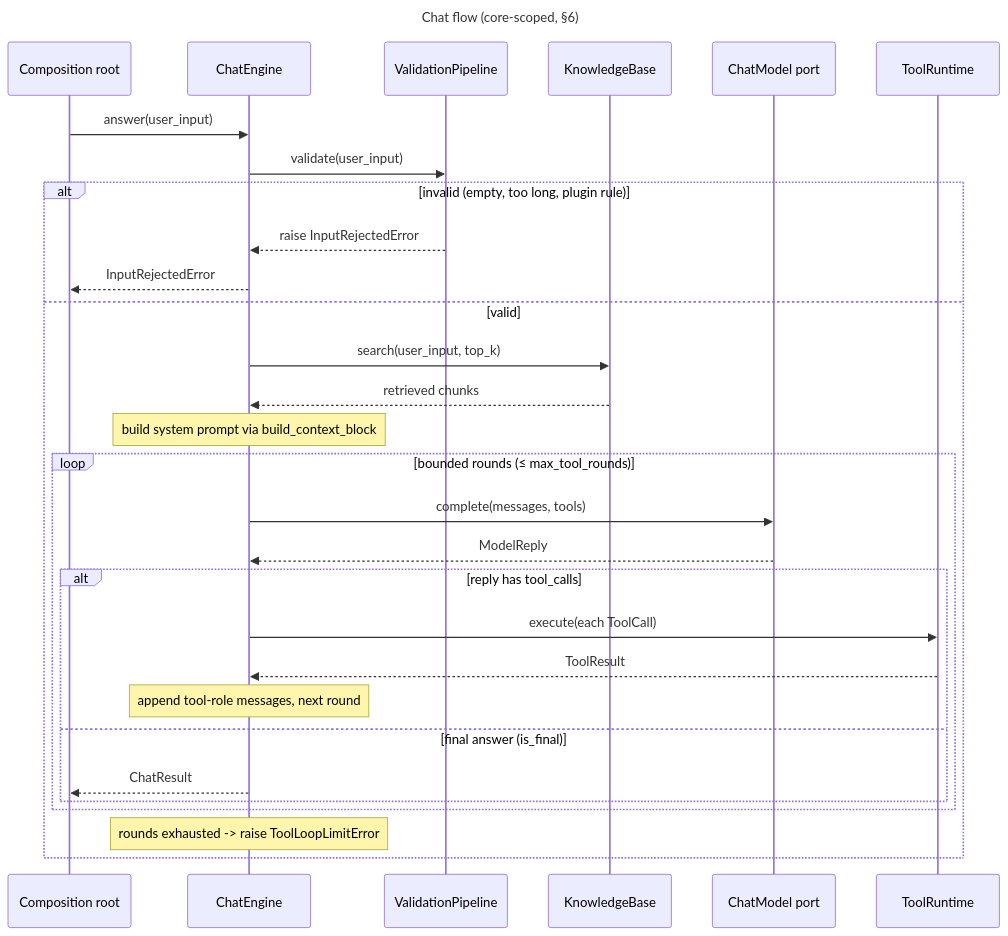
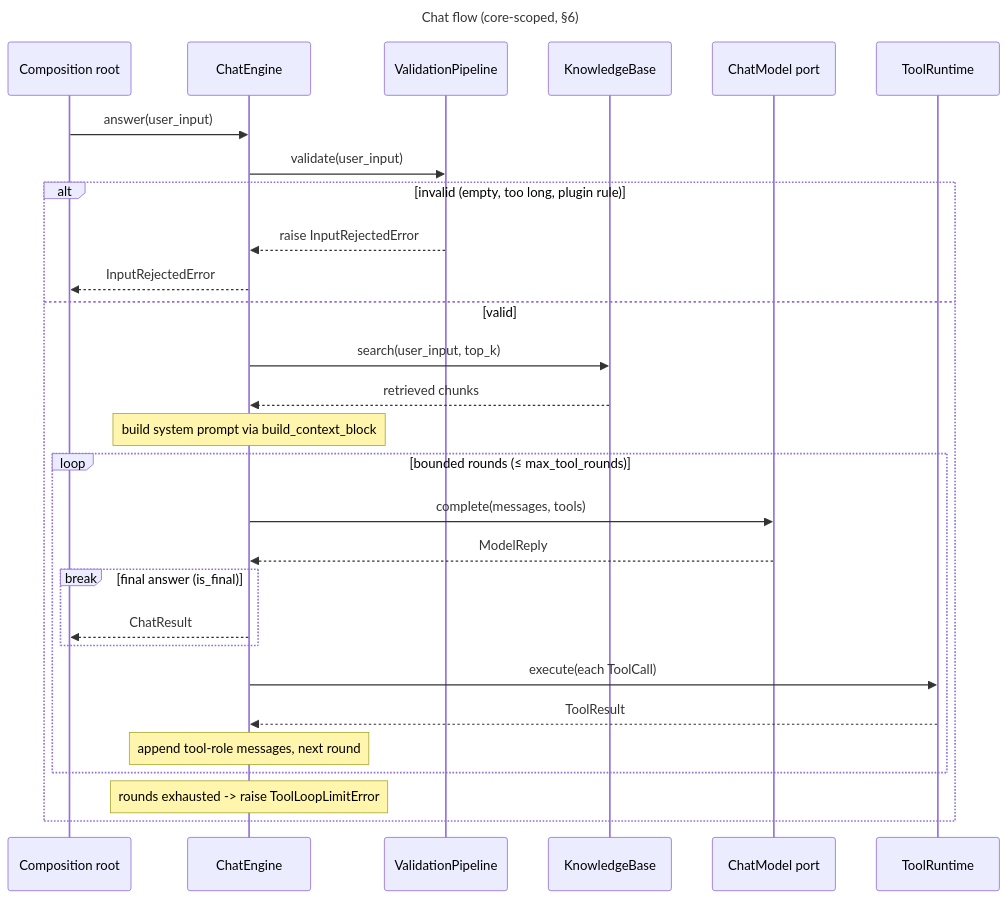
One commit to aschog/cora changed the third of 3 diagrams in docs/plans/chat-engine.md. Above: the diagram before and after it, drawn with Mermaid.

Commit message:
docs: make chat flow loop exit explicit with break on final answer

````diff
--- a/docs/plans/chat-engine.md
+++ b/docs/plans/chat-engine.md
@@ -183,35 +183,34 @@
 ```mermaid
 ---
 title: Chat flow (core-scoped, §6)
 ---
 sequenceDiagram
   participant Caller as Composition root
   participant ORCH as ChatEngine
   participant VAL as ValidationPipeline
   participant KB as KnowledgeBase
   participant LLM as ChatModel port
   participant TOOL as ToolRuntime
 
   Caller->>ORCH: answer(user_input)
   ORCH->>VAL: validate(user_input)
   alt invalid (empty, too long, plugin rule)
     VAL-->>ORCH: raise InputRejectedError
     ORCH-->>Caller: InputRejectedError
   else valid
     ORCH->>KB: search(user_input, top_k)
     KB-->>ORCH: retrieved chunks
     Note over ORCH: build system prompt via build_context_block
     loop bounded rounds (≤ max_tool_rounds)
       ORCH->>LLM: complete(messages, tools)
       LLM-->>ORCH: ModelReply
-      alt reply has tool_calls
-        ORCH->>TOOL: execute(each ToolCall)
-        TOOL-->>ORCH: ToolResult
-        Note over ORCH: append tool-role messages, next round
-      else final answer (is_final)
+      break final answer (is_final)
         ORCH-->>Caller: ChatResult
       end
+      ORCH->>TOOL: execute(each ToolCall)
+      TOOL-->>ORCH: ToolResult
+      Note over ORCH: append tool-role messages, next round
     end
     Note over ORCH: rounds exhausted -> raise ToolLoopLimitError
   end
 ```
````
